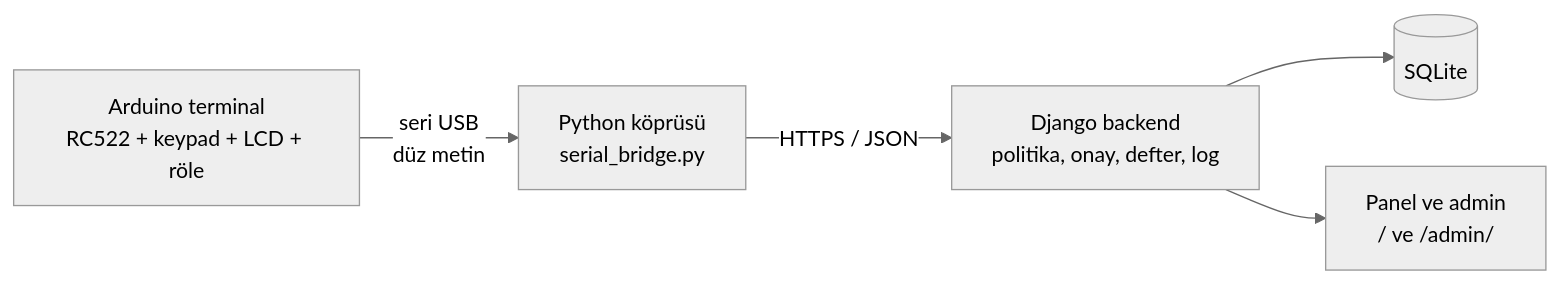
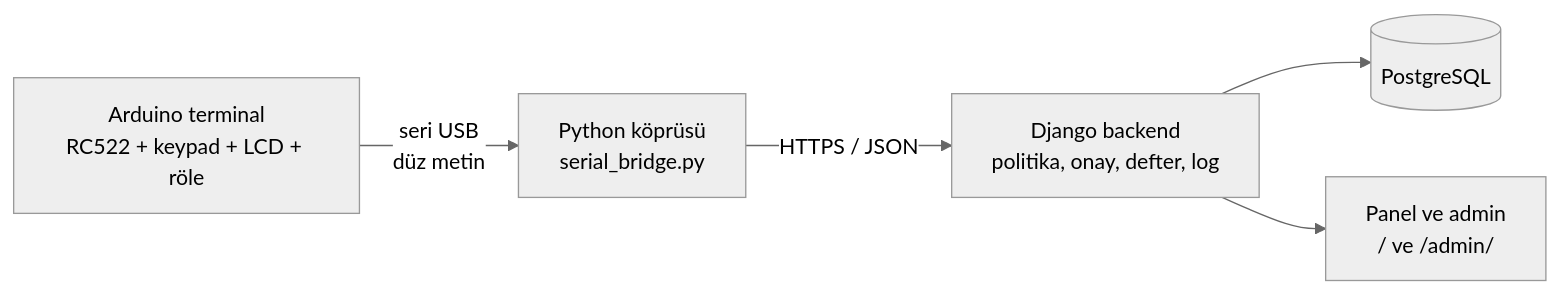
The first of 8 diagrams in README.md (ikrabaser/rfid-multisig-atm), drawn with Mermaid (neutral theme) before and after one commit. The commit also changed other lines of this file and 33 other files, not shown here.

Commit message:
feat: banknote stock, safe jam/short-dispense/connection-loss handling, PostgreSQL support with concurrency locking

````diff
--- a/README.md
+++ b/README.md
@@ -10,7 +10,7 @@
 ```mermaid
 flowchart LR
     A["Arduino terminal<br/>RC522 + keypad + LCD + röle"] -- "seri USB<br/>düz metin" --> B["Python köprüsü<br/>serial_bridge.py"]
     B -- "HTTPS / JSON" --> C["Django backend<br/>politika, onay, defter, log"]
-    C --> D[("SQLite")]
+    C --> D[("PostgreSQL")]
     C --> E["Panel ve admin<br/>/ ve /admin/"]
 ```
````
